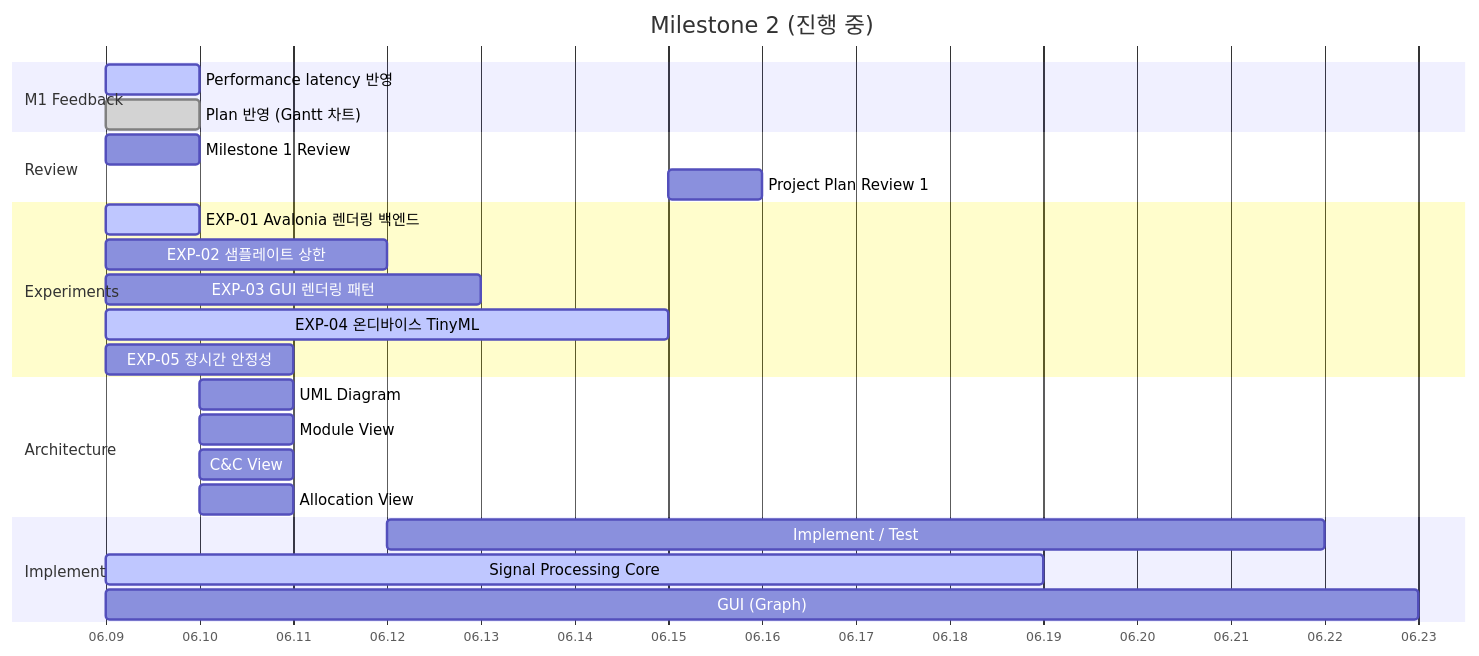
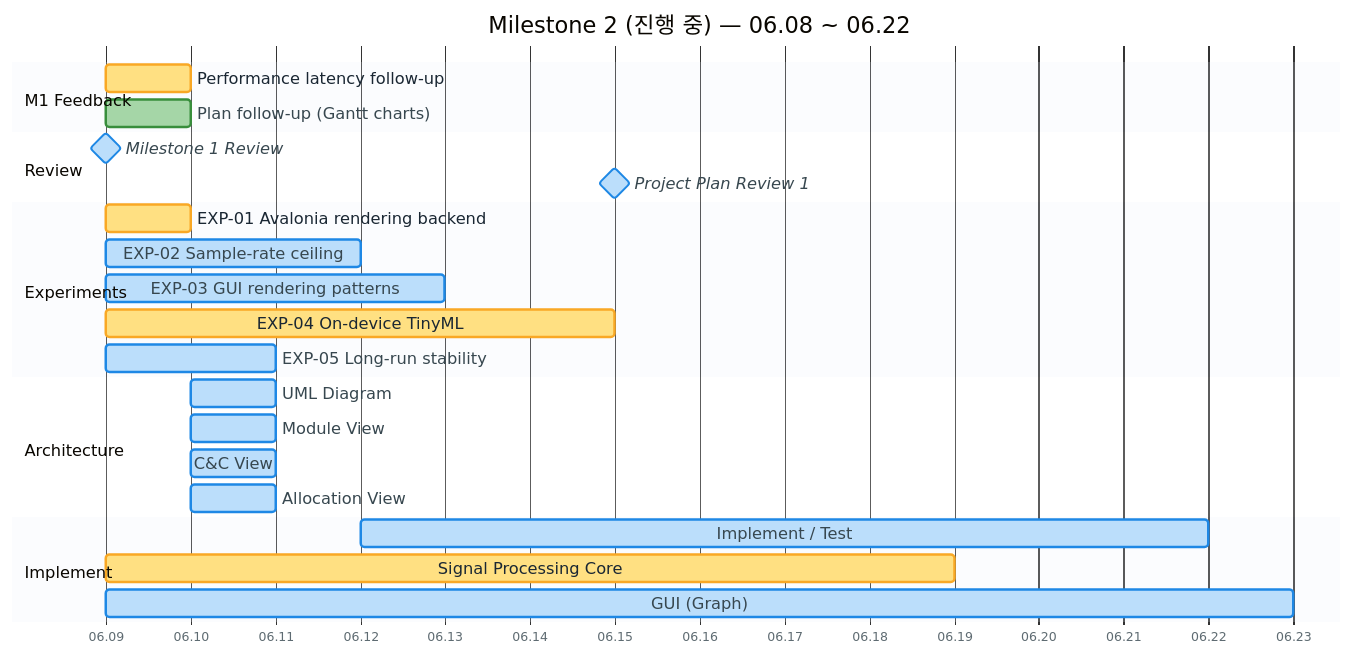
Before and after one commit to lgcmu2026-team5/TimeGrapher-Docs: the second of 3 diagrams in Milestone1/Presentation/ko/Milestone1_1-Project-Plan.md, drawn with Mermaid. The commit also changed other lines of this file and 1 other file, not shown here.

First line of the commit message:
Restyle Project Plan Gantt charts and unify status markers

````diff
--- a/Milestone1/Presentation/ko/Milestone1_1-Project-Plan.md
+++ b/Milestone1/Presentation/ko/Milestone1_1-Project-Plan.md
@@ -44,33 +46,34 @@
 ```mermaid
-%%{init: {"gantt": {"useWidth": 1200, "barHeight": 24, "fontSize": 12, "sectionFontSize": 12}}}%%
+%%{init: {"theme":"base","themeVariables":{"fontSize":"14px","taskBkgColor":"#BBDEFB","taskBorderColor":"#1E88E5","taskTextDarkColor":"#1A2733","taskTextOutsideColor":"#37474F","activeTaskBkgColor":"#FFE082","activeTaskBorderColor":"#F9A825","doneTaskBkgColor":"#A5D6A7","doneTaskBorderColor":"#388E3C","sectionBkgColor":"#E8EEF7","altSectionBkgColor":"#FFFFFF","sectionBkgColor2":"#E8EEF7","todayLineColor":"#E53935","gridColor":"#CFD8DC","textColor":"#37474F"},"gantt":{"useWidth":1100,"barHeight":22,"barGap":6,"topPadding":50,"fontSize":13,"sectionFontSize":13,"numberSectionStyles":2}}}%%
 gantt
-    title Milestone 2 (진행 중)
+    title Milestone 2 (진행 중) — 06.08 ~ 06.22
     dateFormat YYYY-MM-DD
     axisFormat %m.%d
+    tickInterval 1day
 
     section M1 Feedback
-    Performance latency 반영      :active, 2026-06-09, 2026-06-10
-    Plan 반영 (Gantt 차트)        :done, 2026-06-09, 2026-06-10
+    Performance latency follow-up :active, 2026-06-09, 2026-06-10
+    Plan follow-up (Gantt charts) :done, 2026-06-09, 2026-06-10
 
     section Review
-    Milestone 1 Review            :2026-06-09, 1d
-    Project Plan Review 1         :2026-06-15, 1d
+    Milestone 1 Review            :milestone, 2026-06-09, 0d
+    Project Plan Review 1         :milestone, 2026-06-15, 0d
 
     section Experiments
-    EXP-01 Avalonia 렌더링 백엔드 :active, 2026-06-09, 2026-06-10
-    EXP-02 샘플레이트 상한        :2026-06-09, 2026-06-12
-    EXP-03 GUI 렌더링 패턴        :2026-06-09, 2026-06-13
-    EXP-04 온디바이스 TinyML      :active, 2026-06-09, 2026-06-15
-    EXP-05 장시간 안정성          :2026-06-09, 2026-06-11
+    EXP-01 Avalonia rendering backend :active, 2026-06-09, 2026-06-10
+    EXP-02 Sample-rate ceiling    :2026-06-09, 2026-06-12
+    EXP-03 GUI rendering patterns :2026-06-09, 2026-06-13
+    EXP-04 On-device TinyML       :active, 2026-06-09, 2026-06-15
+    EXP-05 Long-run stability     :2026-06-09, 2026-06-11
 
     section Architecture
     UML Diagram                   :2026-06-10, 2026-06-11
     Module View                   :2026-06-10, 2026-06-11
     C&C View                      :2026-06-10, 2026-06-11
     Allocation View               :2026-06-10, 2026-06-11
 
     section Implement
     Implement / Test              :2026-06-12, 2026-06-22
     Signal Processing Core        :active, 2026-06-09, 2026-06-19
     GUI (Graph)                   :2026-06-09, 2026-06-23
 ```
````
